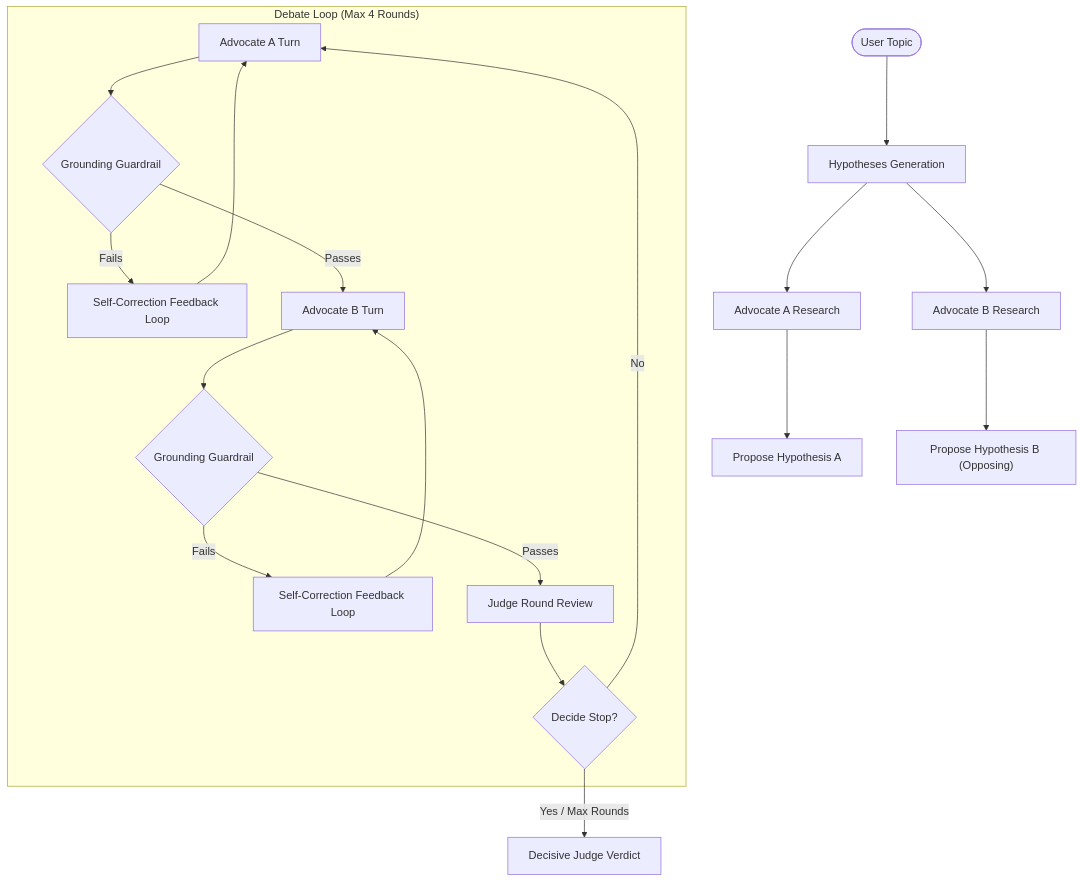
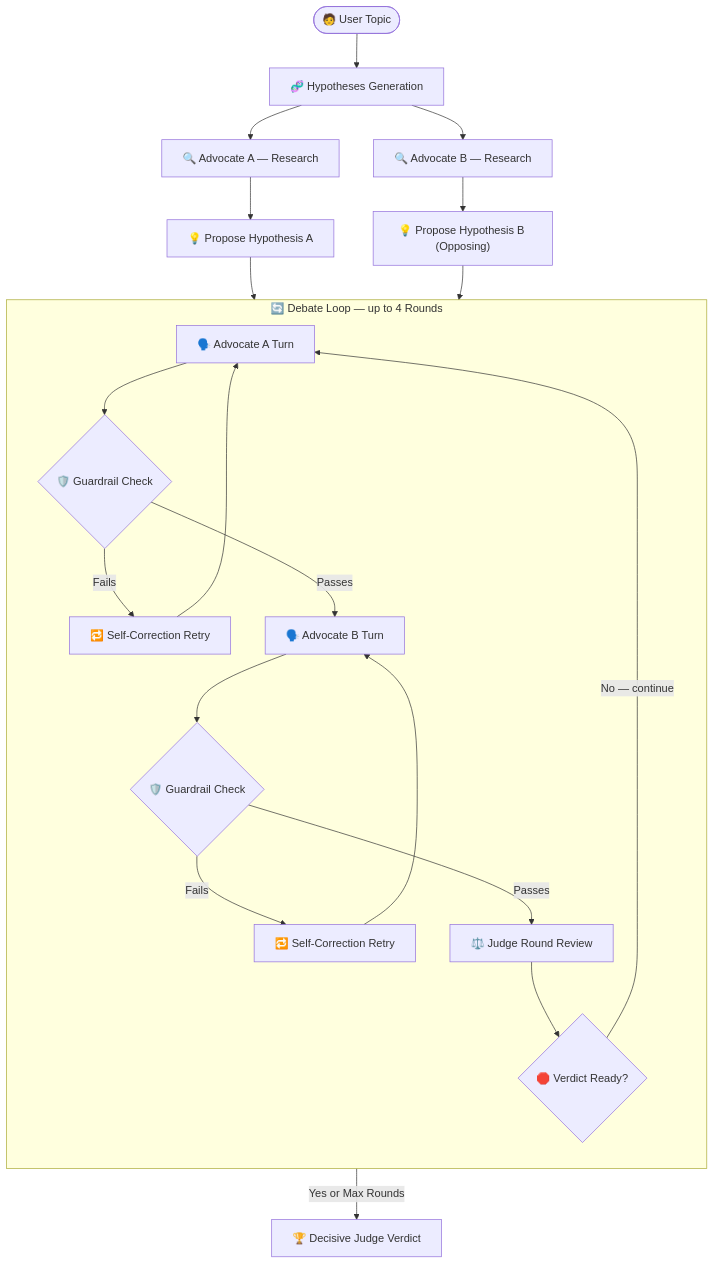
Before and after one commit to PRANJAL2208/MANTHAN: the diagram in README.md, drawn with Mermaid. The commit also changed other lines of this file, not shown here.

Commit message:
docs: complete README redesign with badges, clean diagram, and structured layout

````diff
--- a/README.md
+++ b/README.md
@@ -25,26 +51,29 @@
 ```mermaid
-graph TD
-    User([User Topic]) --> GenHyp[Hypotheses Generation]
-    GenHyp --> AdvA_Research[Advocate A Research]
-    GenHyp --> AdvB_Research[Advocate B Research]
-    
-    AdvA_Research --> AdvA_Hyp[Propose Hypothesis A]
-    AdvB_Research --> AdvB_Hyp["Propose Hypothesis B (Opposing)"]
-    
-    subgraph DebateLoop["Debate Loop (Max 4 Rounds)"]
-        AdvA_Turn[Advocate A Turn] --> GuardA{Grounding Guardrail}
-        GuardA -- Fails --> RetryA[Self-Correction Feedback Loop]
-        RetryA --> AdvA_Turn
-        GuardA -- Passes --> AdvB_Turn[Advocate B Turn]
-        
-        AdvB_Turn --> GuardB{Grounding Guardrail}
-        GuardB -- Fails --> RetryB[Self-Correction Feedback Loop]
-        RetryB --> AdvB_Turn
-        GuardB -- Passes --> JudgeCheck[Judge Round Review]
-        
-        JudgeCheck --> StopDecision{Decide Stop?}
-        StopDecision -- No --> AdvA_Turn
+flowchart TD
+    A([🧑 User Topic]) --> B[🧬 Hypotheses Generation]
+
+    B --> C[🔍 Advocate A — Research]
+    B --> D[🔍 Advocate B — Research]
+
+    C --> E[💡 Propose Hypothesis A]
+    D --> F["💡 Propose Hypothesis B (Opposing)"]
+
+    E --> G
+    F --> G
+
+    subgraph G["🔄 Debate Loop — up to 4 Rounds"]
+        direction TB
+        G1[🗣️ Advocate A Turn] --> G2{🛡️ Guardrail Check}
+        G2 -->|Fails| G3[🔁 Self-Correction Retry]
+        G3 --> G1
+        G2 -->|Passes| G4[🗣️ Advocate B Turn]
+        G4 --> G5{🛡️ Guardrail Check}
+        G5 -->|Fails| G6[🔁 Self-Correction Retry]
+        G6 --> G4
+        G5 -->|Passes| G7[⚖️ Judge Round Review]
+        G7 --> G8{🛑 Verdict Ready?}
+        G8 -->|No — continue| G1
     end
-    
-    StopDecision -- Yes / Max Rounds --> FinalVerdict[Decisive Judge Verdict]
+
+    G8 -->|Yes or Max Rounds| H[🏆 Decisive Judge Verdict]
 ```
````
